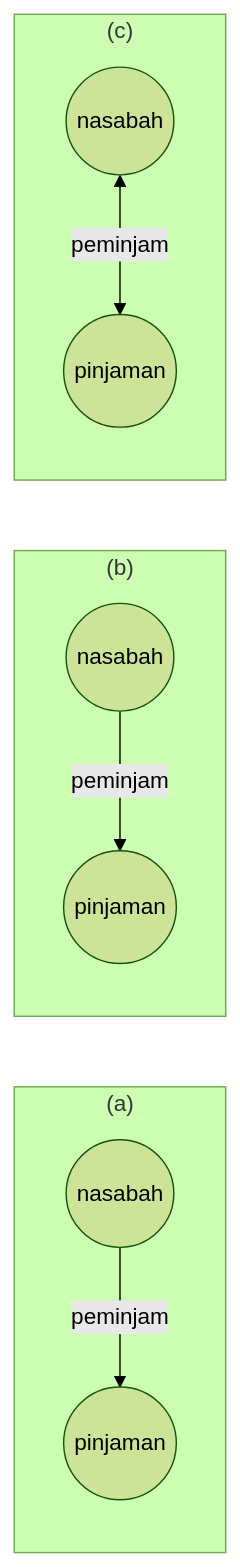
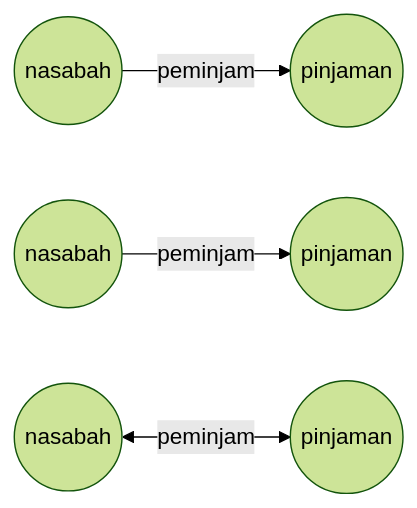
Before and after one commit to mroczect/lectures: the ninth of 12 diagrams in docs/v1/courses/rpl106-pengantar-basis-data/2026-09-08_rpl106_pengantar-basis-data_er-diagram.mdx, drawn with Mermaid (forest theme). The commit also changed other lines of this file and 32 other files, not shown here.

````diff
--- a/docs/v1/courses/rpl106-pengantar-basis-data/2026-09-08_rpl106_pengantar-basis-data_er-diagram.mdx
+++ b/docs/v1/courses/rpl106-pengantar-basis-data/2026-09-08_rpl106_pengantar-basis-data_er-diagram.mdx
@@ -445,14 +342,6 @@
 ```mermaid
 flowchart LR
-    subgraph a["(a)"]
-        N1((nasabah)) -->|peminjam| P1((pinjaman))
-    end
-
-    subgraph b["(b)"]
-        N2((nasabah)) -->|peminjam| P2((pinjaman))
-    end
-
-    subgraph c["(c)"]
-        N3((nasabah)) <-->|peminjam| P3((pinjaman))
-    end
+    N1((nasabah)) -->|peminjam| P1((pinjaman))
+    N2((nasabah)) -->|peminjam| P2((pinjaman))
+    N3((nasabah)) <-->|peminjam| P3((pinjaman))
 ```
````
